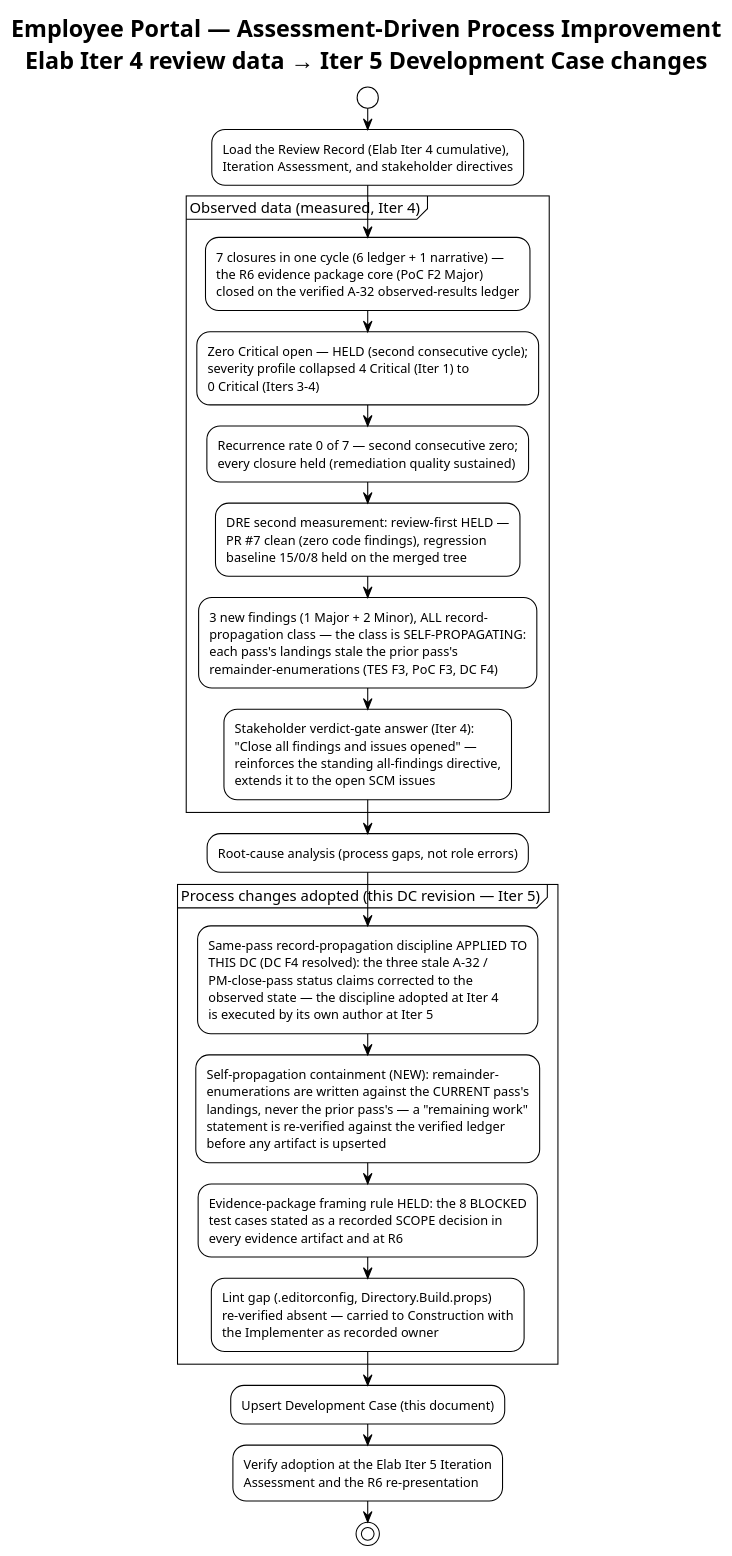
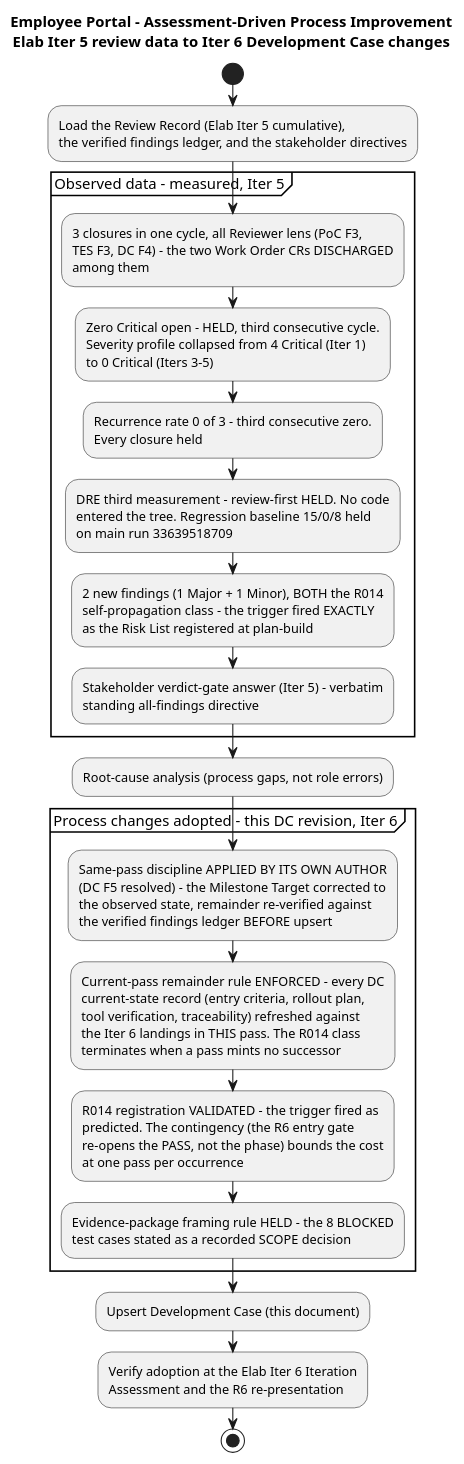
Before and after one commit to banense-test/employee-portal: the fourth of 4 diagrams in docs/artifacts/environment/development-case.md, drawn with PlantUML. The commit also changed other lines of this file, not shown here.

Commit message:
Process Engineer [E6]: upsert Development Case
[skip ci]

````diff
--- a/docs/artifacts/environment/development-case.md
+++ b/docs/artifacts/environment/development-case.md
@@ -287,29 +287,50 @@
 ```plantuml
 @startuml
-!theme plain
-title Employee Portal — Assessment-Driven Process Improvement\nElab Iter 4 review data → Iter 5 Development Case changes
+title Employee Portal - Assessment-Driven Process Improvement\nElab Iter 5 review data to Iter 6 Development Case changes
 
 start
-:Load the Review Record (Elab Iter 4 cumulative),
-Iteration Assessment, and stakeholder directives;
-partition "Observed data (measured, Iter 4)" {
-  :7 closures in one cycle (6 ledger + 1 narrative) —\nthe R6 evidence package core (PoC F2 Major)\nclosed on the verified A-32 observed-results ledger;
-  :Zero Critical open — HELD (second consecutive cycle);\nseverity profile collapsed 4 Critical (Iter 1) to\n0 Critical (Iters 3-4);
-  :Recurrence rate 0 of 7 — second consecutive zero;\nevery closure held (remediation quality sustained);
-  :DRE second measurement: review-first HELD —\nPR #7 clean (zero code findings), regression\nbaseline 15/0/8 held on the merged tree;
-  :3 new findings (1 Major + 2 Minor), ALL record-\npropagation class — the class is SELF-PROPAGATING:\neach pass's landings stale the prior pass's\nremainder-enumerations (TES F3, PoC F3, DC F4);
-  :Stakeholder verdict-gate answer (Iter 4):\n"Close all findings and issues opened" —\nreinforces the standing all-findings directive,\nextends it to the open SCM issues;
+:Load the Review Record (Elab Iter 5 cumulative),
+the verified findings ledger, and the stakeholder directives;
+partition "Observed data - measured, Iter 5" {
+  :3 closures in one cycle, all Reviewer lens (PoC F3,
+  TES F3, DC F4) - the two Work Order CRs DISCHARGED
+  among them;
+  :Zero Critical open - HELD, third consecutive cycle.
+  Severity profile collapsed from 4 Critical (Iter 1)
+  to 0 Critical (Iters 3-5);
+  :Recurrence rate 0 of 3 - third consecutive zero.
+  Every closure held;
+  :DRE third measurement - review-first HELD. No code
+  entered the tree. Regression baseline 15/0/8 held
+  on main run 33639518709;
+  :2 new findings (1 Major + 1 Minor), BOTH the R014
+  self-propagation class - the trigger fired EXACTLY
+  as the Risk List registered at plan-build;
+  :Stakeholder verdict-gate answer (Iter 5) - verbatim
+  'No, please fix all findings' - reinforces the
+  standing all-findings directive;
 }
 :Root-cause analysis (process gaps, not role errors);
-partition "Process changes adopted (this DC revision — Iter 5)" {
-  :Same-pass record-propagation discipline APPLIED TO\nTHIS DC (DC F4 resolved): the three stale A-32 /\nPM-close-pass status claims corrected to the\nobserved state — the discipline adopted at Iter 4\nis executed by its own author at Iter 5;
-  :Self-propagation containment (NEW): remainder-\nenumerations are written against the CURRENT pass's\nlandings, never the prior pass's — a "remaining work"\nstatement is re-verified against the verified ledger\nbefore any artifact is upserted;
-  :Evidence-package framing rule HELD: the 8 BLOCKED\ntest cases stated as a recorded SCOPE decision in\nevery evidence artifact and at R6;
-  :Lint gap (.editorconfig, Directory.Build.props)\nre-verified absent — carried to Construction with\nthe Implementer as recorded owner;
+partition "Process changes adopted - this DC revision, Iter 6" {
+  :Same-pass discipline APPLIED BY ITS OWN AUTHOR
+  (DC F5 resolved) - the Milestone Target corrected to
+  the observed state, remainder re-verified against
+  the verified findings ledger BEFORE upsert;
+  :Current-pass remainder rule ENFORCED - every DC
+  current-state record (entry criteria, rollout plan,
+  tool verification, traceability) refreshed against
+  the Iter 6 landings in THIS pass. The R014 class
+  terminates when a pass mints no successor;
+  :R014 registration VALIDATED - the trigger fired as
+  predicted. The contingency (the R6 entry gate
+  re-opens the PASS, not the phase) bounds the cost
+  at one pass per occurrence;
+  :Evidence-package framing rule HELD - the 8 BLOCKED
+  test cases stated as a recorded SCOPE decision;
 }
 :Upsert Development Case (this document);
-:Verify adoption at the Elab Iter 5 Iteration
+:Verify adoption at the Elab Iter 6 Iteration
 Assessment and the R6 re-presentation;
 stop
 @enduml
 ```
````
